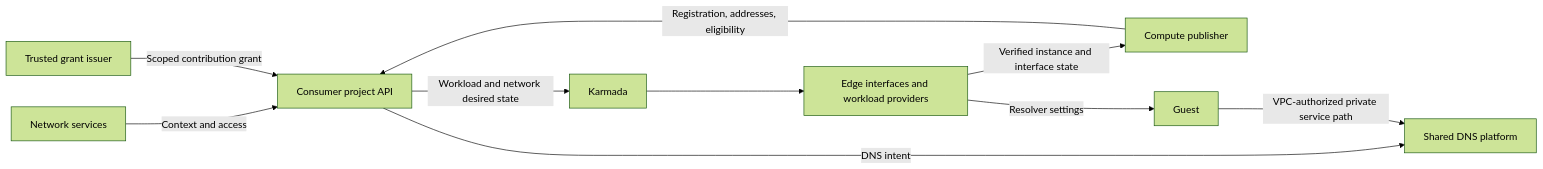
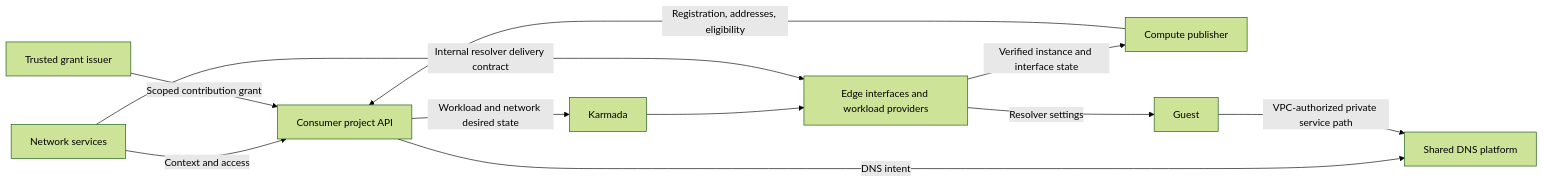
Before and after one commit to datum-cloud/compute: the diagram in docs/enhancements/internal-dns/README.md, drawn with Mermaid (forest theme). The commit also changed other lines of this file, not shown here.

````diff
--- a/docs/enhancements/internal-dns/README.md
+++ b/docs/enhancements/internal-dns/README.md
@@ -100,12 +100,13 @@
 ```mermaid
 flowchart LR
   N[Network services] -->|Context and access| P[Consumer project API]
   C[Compute publisher] -->|Registration, addresses, eligibility| P
   I[Trusted grant issuer] -->|Scoped contribution grant| P
   P -->|DNS intent| D[Shared DNS platform]
   P -->|Workload and network desired state| K[Karmada]
   K --> E[Edge interfaces and workload providers]
+  N -->|Internal resolver delivery contract| E
   E -->|Verified instance and interface state| C
   E -->|Resolver settings| G[Guest]
   G -->|VPC-authorized private service path| D
 ```
````
